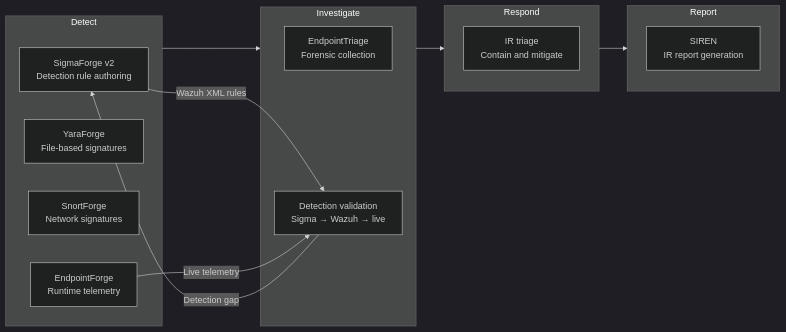
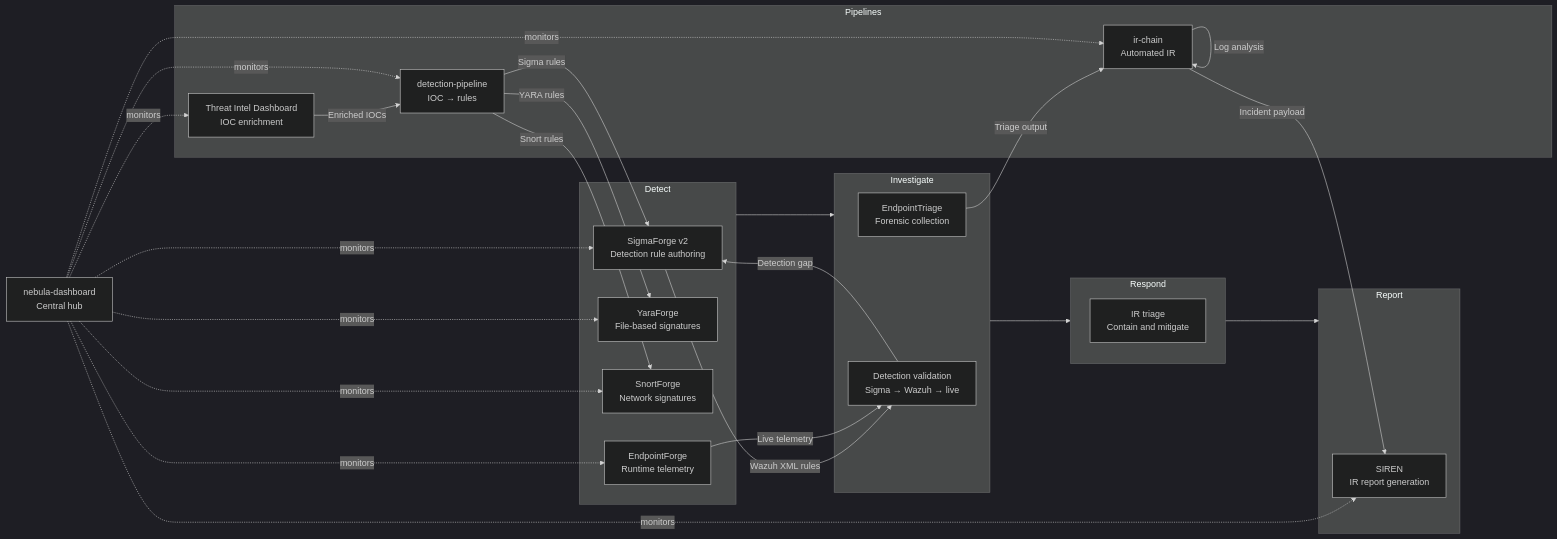
The diagram in README.md (Rootless-Ghost/Nebula-Forge), drawn with Mermaid (dark theme) before and after one commit.

````diff
--- a/README.md
+++ b/README.md
@@ -17,28 +17,54 @@
 ```mermaid
 flowchart LR
     subgraph Detect
         SF[SigmaForge v2\nDetection rule authoring]
         YF[YaraForge\nFile-based signatures]
         SNF[SnortForge\nNetwork signatures]
         EF[EndpointForge\nRuntime telemetry]
     end
 
     subgraph Investigate
         ET[EndpointTriage\nForensic collection]
         DV[Detection validation\nSigma → Wazuh → live]
     end
 
     subgraph Respond
         IR[IR triage\nContain and mitigate]
     end
 
     subgraph Report
         SR[SIREN\nIR report generation]
     end
 
+    subgraph Pipelines
+        TI[Threat Intel Dashboard\nIOC enrichment]
+        DP[detection-pipeline\nIOC → rules]
+        IC[ir-chain\nAutomated IR]
+    end
+
+    ND[nebula-dashboard\nCentral hub]
+
     Detect --> Investigate --> Respond --> Report
 
     SF -->|Wazuh XML rules| DV
     EF -->|Live telemetry| DV
     DV -->|Detection gap| SF
+
+    TI -->|Enriched IOCs| DP
+    DP -->|Sigma rules| SF
+    DP -->|YARA rules| YF
+    DP -->|Snort rules| SNF
+
+    ET -->|Triage output| IC
+    IC -->|Log analysis| IC
+    IC -->|Incident payload| SR
+
+    ND -.->|monitors| SF
+    ND -.->|monitors| YF
+    ND -.->|monitors| SNF
+    ND -.->|monitors| EF
+    ND -.->|monitors| TI
+    ND -.->|monitors| SR
+    ND -.->|monitors| DP
+    ND -.->|monitors| IC
 ```
````
